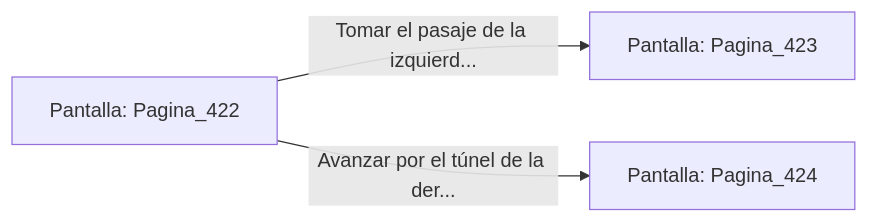
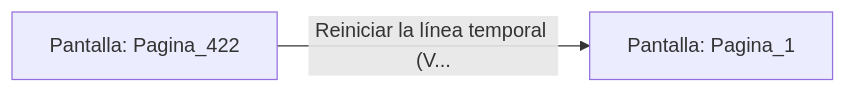
The diagram in sample/eligejuego-vault/Pantalla_Pagina_422.md (metsuke/mpl), drawn with Mermaid before and after one commit. The commit also changed other lines of this file and 635 other files, not shown here.

First line of the commit message:
fix: añadir Pagina_1 como pantalla inicial en capitulo_01.mpl

````diff
--- a/sample/eligejuego-vault/Pantalla_Pagina_422.md
+++ b/sample/eligejuego-vault/Pantalla_Pagina_422.md
@@ -20,6 +17,5 @@
 ```mermaid
 graph LR
     P_Pagina_422["Pantalla: Pagina_422"]
-    P_Pagina_422 -->|"Tomar el pasaje de la izquierd..."| P_Pagina_423["Pantalla: Pagina_423"]
-    P_Pagina_422 -->|"Avanzar por el túnel de la der..."| P_Pagina_424["Pantalla: Pagina_424"]
+    P_Pagina_422 -->|"Reiniciar la línea temporal (V..."| P_Pagina_1["Pantalla: Pagina_1"]
 ```
````
